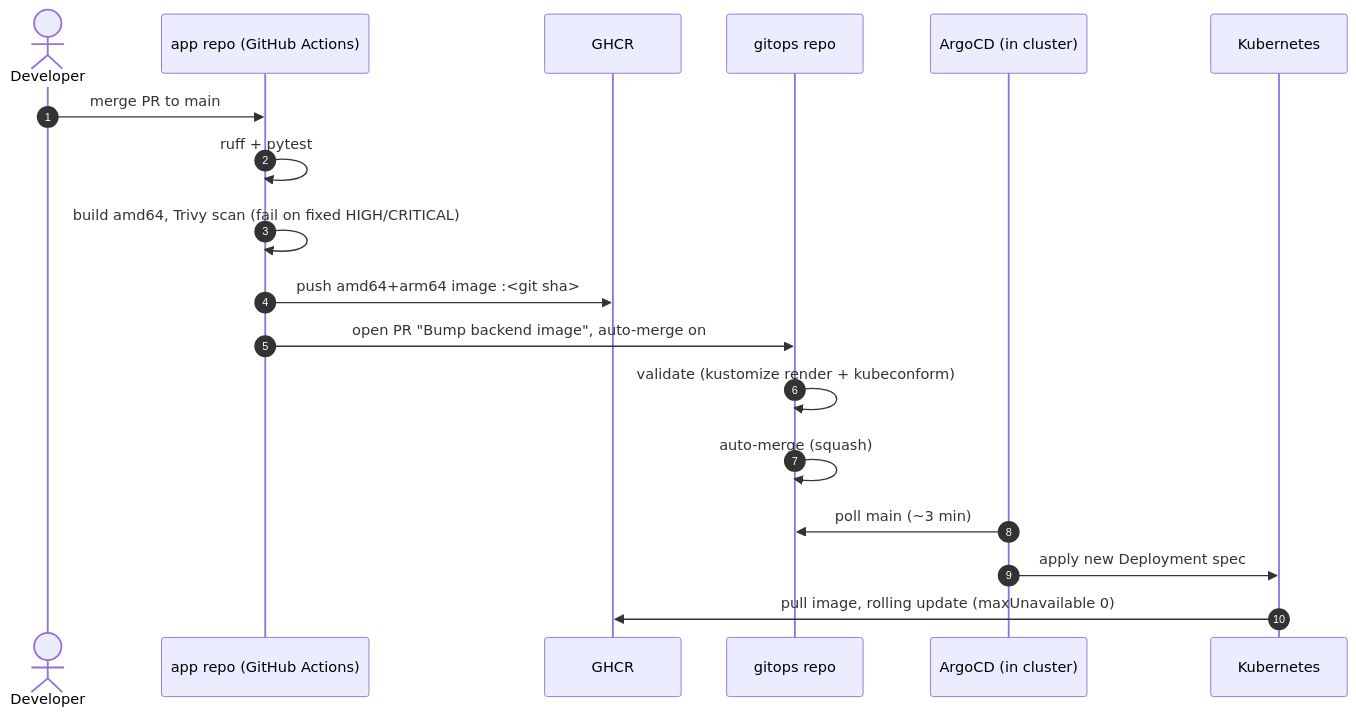
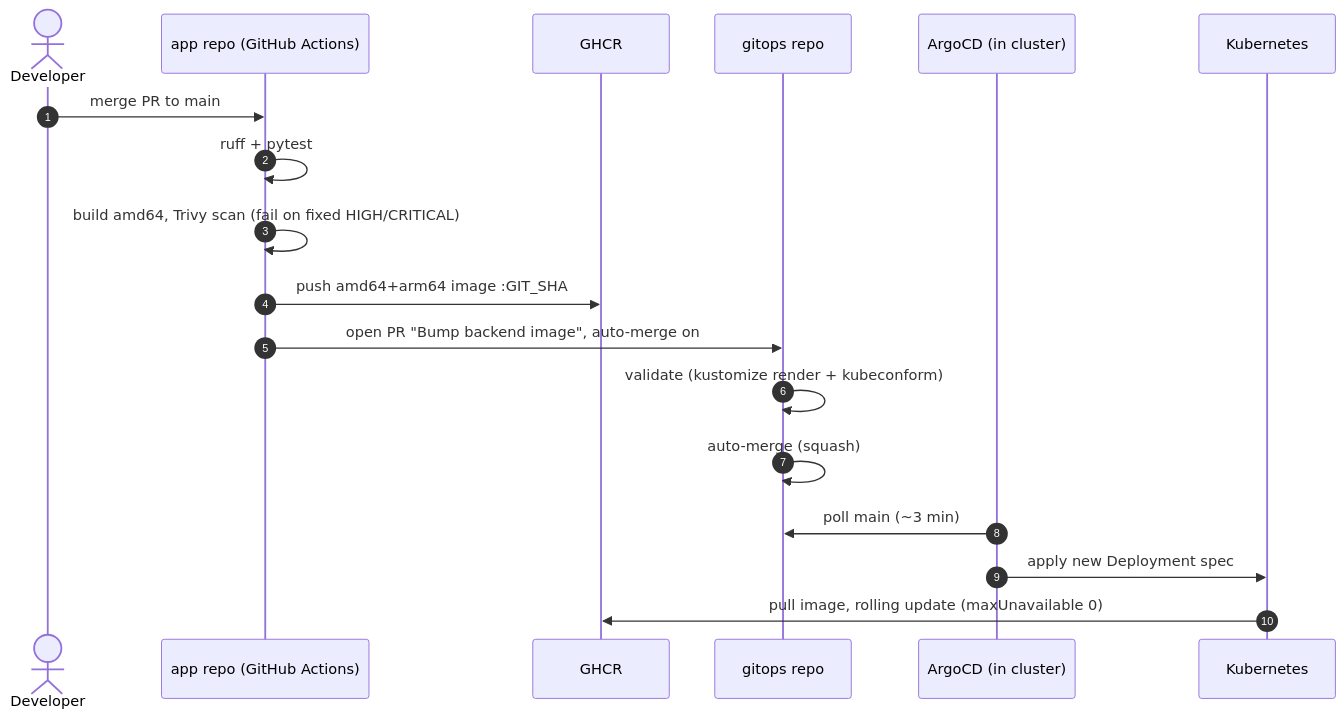
Before and after one commit to Sandeep-RN/oci-k8s-gitops-demo: the first of 6 diagrams in docs/architecture.md, drawn with Mermaid. The commit also changed other lines of this file and 29 other files, not shown here.

First line of the commit message:
Docs: README, architecture and ADR pointers follow the move to k3s (part of #74, #58) (#135)

````diff
--- a/docs/architecture.md
+++ b/docs/architecture.md
@@ -43,21 +43,21 @@
 ```mermaid
 sequenceDiagram
     autonumber
     actor Dev as Developer
     participant App as app repo (GitHub Actions)
     participant GHCR as GHCR
     participant Git as gitops repo
     participant Argo as ArgoCD (in cluster)
     participant K8s as Kubernetes
 
     Dev->>App: merge PR to main
     App->>App: ruff + pytest
     App->>App: build amd64, Trivy scan (fail on fixed HIGH/CRITICAL)
-    App->>GHCR: push amd64+arm64 image :<git sha>
+    App->>GHCR: push amd64+arm64 image :GIT_SHA
     App->>Git: open PR "Bump backend image", auto-merge on
     Git->>Git: validate (kustomize render + kubeconform)
     Git->>Git: auto-merge (squash)
     Argo->>Git: poll main (~3 min)
     Argo->>K8s: apply new Deployment spec
     K8s->>GHCR: pull image, rolling update (maxUnavailable 0)
 ```
````
